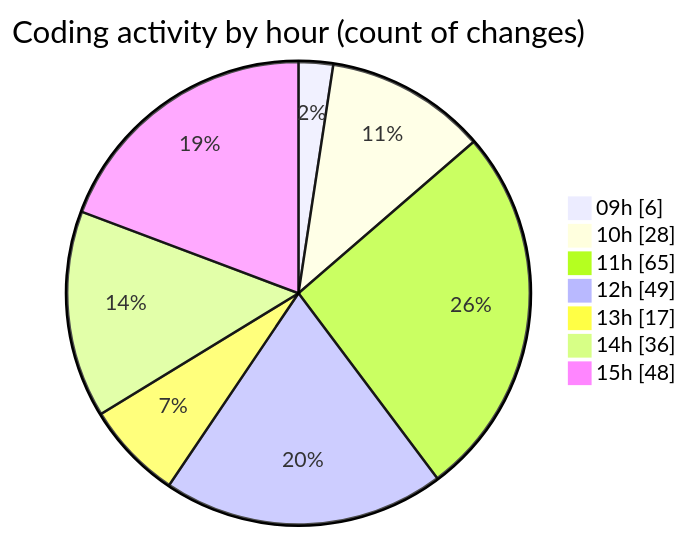
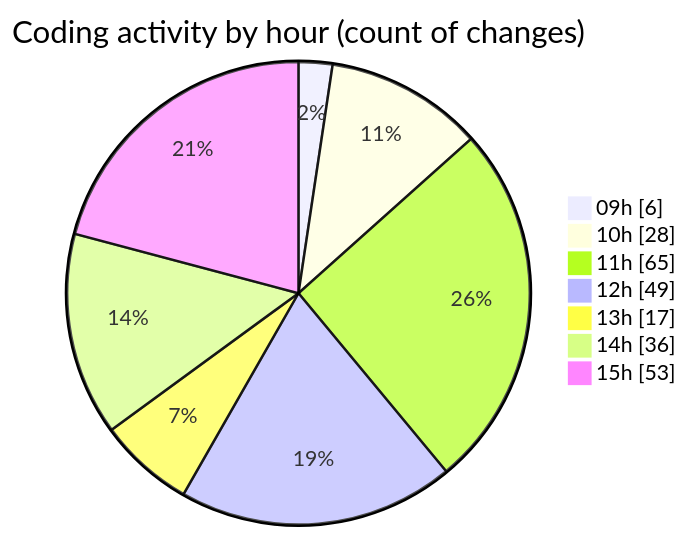
The second of 2 diagrams in 2025-03-27/cda/README.md (momahboobian/code-tracking), drawn with Mermaid before and after one commit. The commit also changed other lines of this file and 1 other file, not shown here.

````diff
--- a/2025-03-27/cda/README.md
+++ b/2025-03-27/cda/README.md
@@ -31,11 +31,11 @@
 ```mermaid
 pie showData
 title Coding activity by hour (count of changes)
 "09h" : 6
 "10h" : 28
 "11h" : 65
 "12h" : 49
 "13h" : 17
 "14h" : 36
-"15h" : 48
+"15h" : 53
 ```
````
